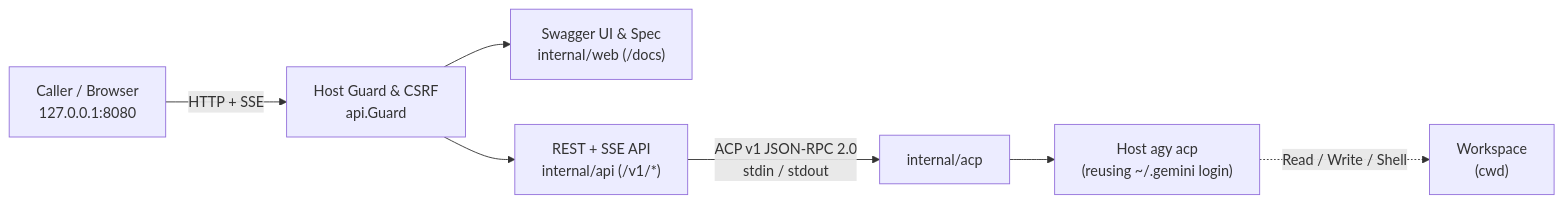
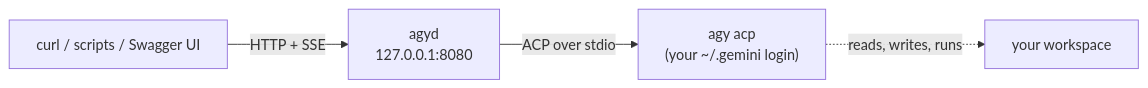
The first of 2 diagrams in README.md (kesokaj/agyd), drawn with Mermaid before and after one commit. The commit also changed other lines of this file, not shown here.

````diff
--- a/README.md
+++ b/README.md
@@ -5,9 +5,6 @@
 ```mermaid
 flowchart LR
-  Client["Caller / Browser\n127.0.0.1:8080"] -->|"HTTP + SSE"| Guard["Host Guard & CSRF\napi.Guard"]
-  Guard --> Web["Swagger UI & Spec\ninternal/web (/docs)"]
-  Guard --> API["REST + SSE API\ninternal/api (/v1/*)"]
-  API -->|"ACP v1 JSON-RPC 2.0\nstdin / stdout"| ACP["internal/acp"]
-  ACP --> Child["Host agy acp\n(reusing ~/.gemini login)"]
-  Child -.->|"Read / Write / Shell"| WS["Workspace\n(cwd)"]
+  You["curl / scripts / Swagger UI"] -->|"HTTP + SSE"| agyd["agyd<br/>127.0.0.1:8080"]
+  agyd -->|"ACP over stdio"| agy["agy acp<br/>(your ~/.gemini login)"]
+  agy -.->|"reads, writes, runs"| WS["your workspace"]
 ```
````
